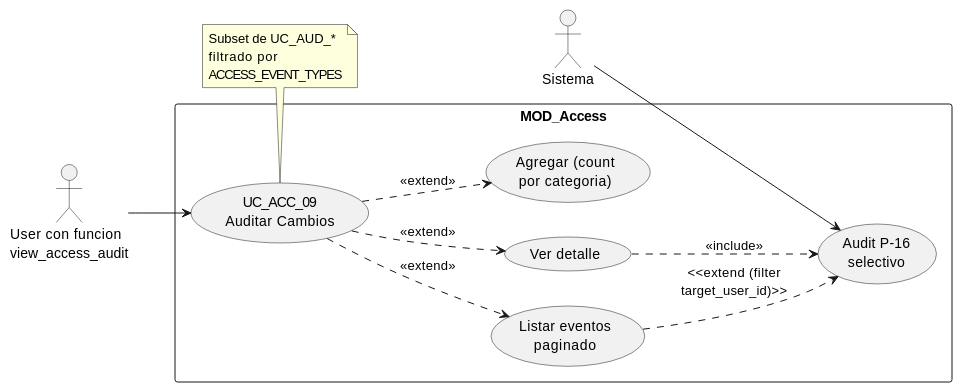
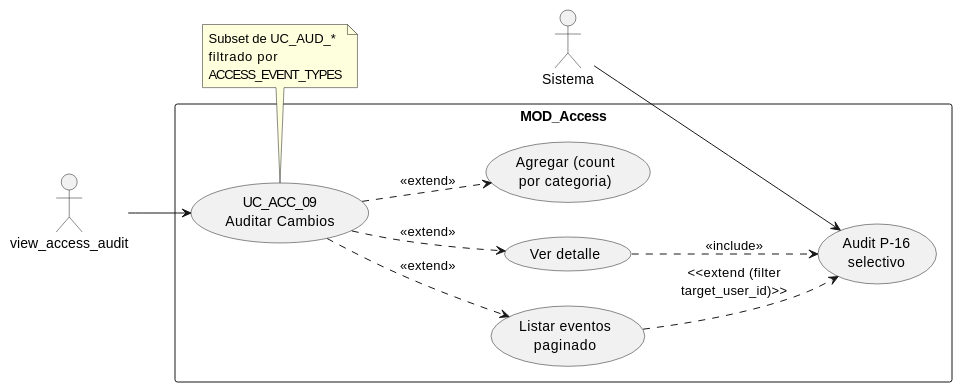
The first of 4 diagrams in source/requisitos/casos-uso/access/uc-acc-09/diagramas-uml.rst (jcg-admin/IACT-docs), drawn with PlantUML before and after one commit. The commit also changed 77 other files, not shown here.

First line of the commit message:
Enforce RBAC function names as actors in all UML diagrams

```diff
--- a/source/requisitos/casos-uso/access/uc-acc-09/diagramas-uml.rst
+++ b/source/requisitos/casos-uso/access/uc-acc-09/diagramas-uml.rst
@@ -10,32 +10,32 @@
 .. uml::
  :caption: UC_ACC_09 — actores y casos asociados
 
  @startuml
  left to right direction
 
- actor "User con funcion\nview_access_audit" as INVOKER
+ actor "view_access_audit" as INVOKER
  actor "Sistema" as SYS
 
  rectangle "MOD_Access" {
    usecase "UC_ACC_09\nAuditar Cambios" as UC09
    usecase "Listar eventos\npaginado" as LST
    usecase "Ver detalle" as DET
    usecase "Agregar (count\npor categoria)" as AGG
    usecase "Audit P-16\nselectivo" as AUDS
  }
 
  INVOKER --> UC09
  UC09 ..> LST : <<extend>>
  UC09 ..> DET : <<extend>>
  UC09 ..> AGG : <<extend>>
  LST ..> AUDS : <<extend (filter\ntarget_user_id)>>
  DET ..> AUDS : <<include>>
  SYS --> AUDS
 
  note bottom of UC09
    Subset de UC_AUD_*
    filtrado por
    ACCESS_EVENT_TYPES
  end note
 
  @enduml
```
